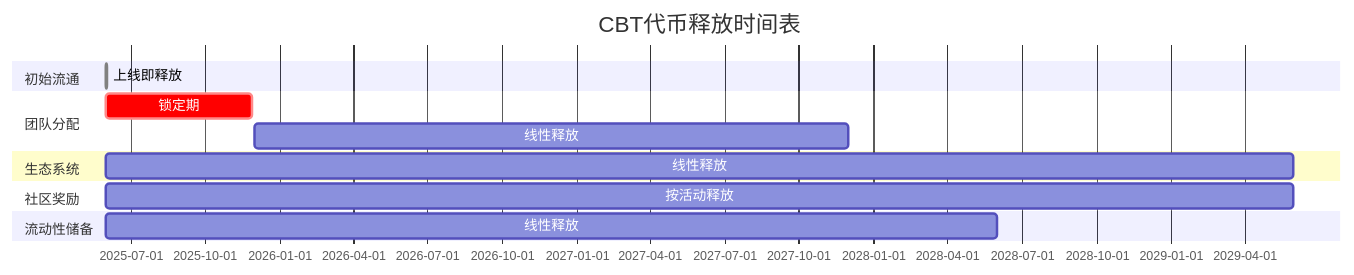
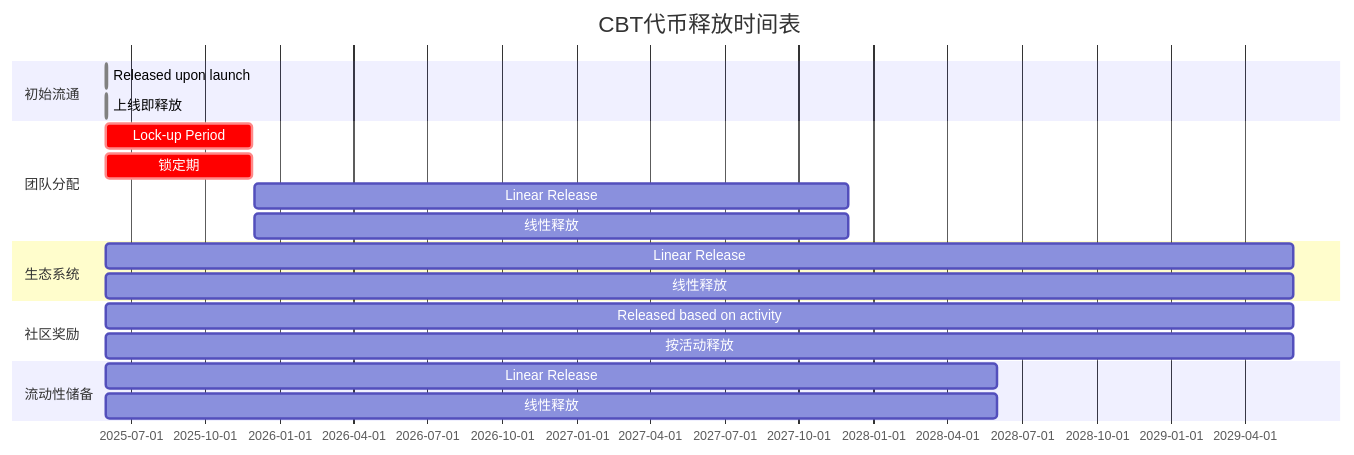
The diagram in design/final_token_economic_model.md (yb1734492970508/CultureBridge-Frontend1), drawn with Mermaid before and after one commit. The commit also changed other lines of this file, not shown here.

Commit message:
Update design/final_token_economic_model.md with bilingual content

````diff
--- a/design/final_token_economic_model.md
+++ b/design/final_token_economic_model.md
@@ -30,16 +50,28 @@
 ```mermaid
 gantt
+    title CBT Token Release Schedule
     title CBT代币释放时间表
     dateFormat  YYYY-MM-DD
+    section Initial Circulation
     section 初始流通
+    Released upon launch :done, 2025-06-01, 1d
     上线即释放 :done, 2025-06-01, 1d
+    section Team Allocation
     section 团队分配
+    Lock-up Period     :crit, 2025-06-01, 180d
     锁定期     :crit, 2025-06-01, 180d
+    Linear Release   :2025-12-01, 730d
     线性释放   :2025-12-01, 730d
+    section Ecosystem
     section 生态系统
+    Linear Release   :2025-06-01, 1460d
     线性释放   :2025-06-01, 1460d
+    section Community Rewards
     section 社区奖励
+    Released based on activity :2025-06-01, 1460d
     按活动释放 :2025-06-01, 1460d
+    section Liquidity Reserve
     section 流动性储备
+    Linear Release   :2025-06-01, 1095d
     线性释放   :2025-06-01, 1095d
 ```
````
